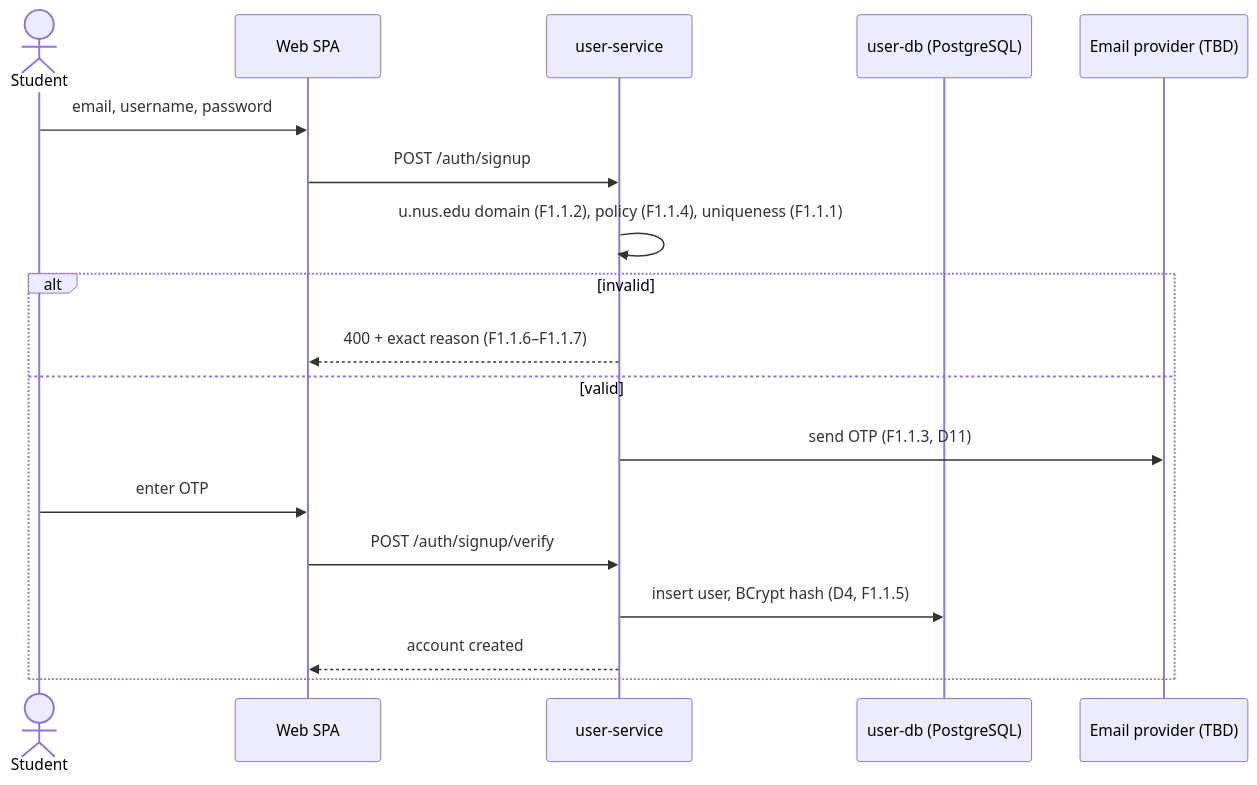
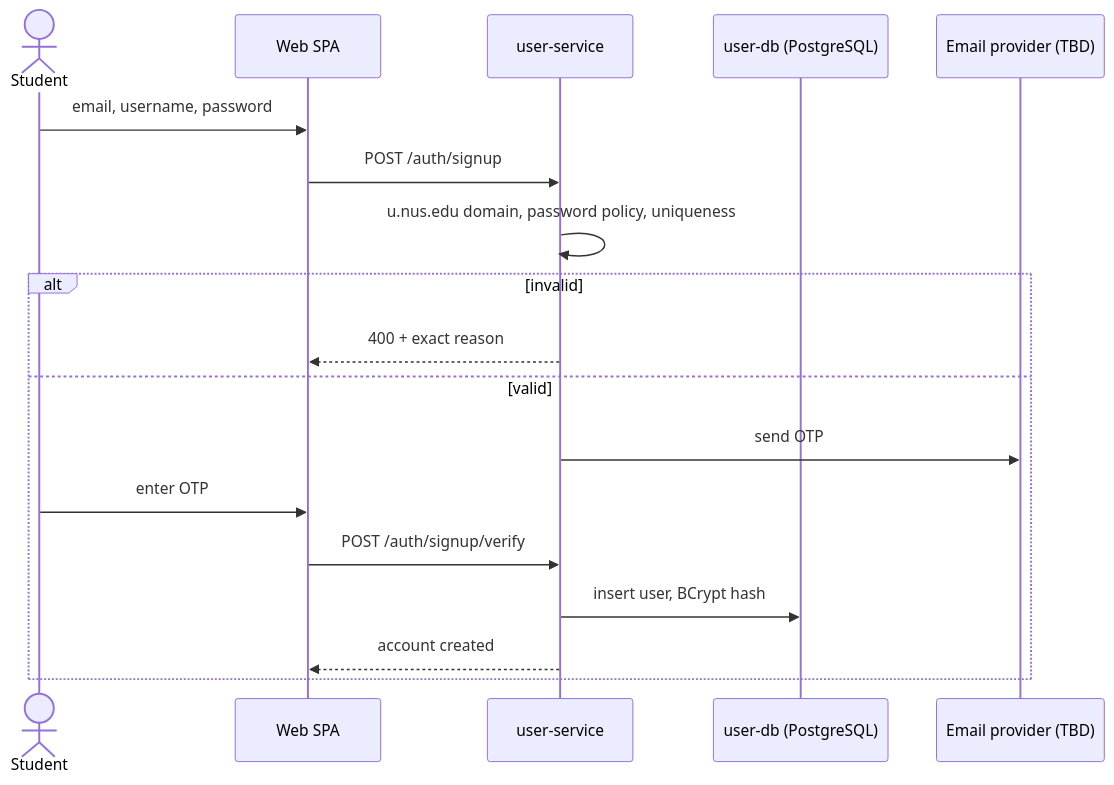
One commit to AY2627S1-CS3219-P23/foc changed the sixth of 9 diagrams in docs/d2-design.md. Above: the diagram before and after it, drawn with Mermaid. The commit also changed other lines of this file and 2 other files, not shown here.

````diff
--- a/docs/d2-design.md
+++ b/docs/d2-design.md
@@ -250,21 +213,21 @@
 ```mermaid
 sequenceDiagram
     actor Student
     participant SPA as Web SPA
     participant US as user-service
     participant DB as user-db (PostgreSQL)
     participant Mail as Email provider (TBD)
 
     Student->>SPA: email, username, password
     SPA->>US: POST /auth/signup
-    US->>US: u.nus.edu domain (F1.1.2), policy (F1.1.4), uniqueness (F1.1.1)
+    US->>US: u.nus.edu domain, password policy, uniqueness
     alt invalid
-        US-->>SPA: 400 + exact reason (F1.1.6–F1.1.7)
+        US-->>SPA: 400 + exact reason
     else valid
-        US->>Mail: send OTP (F1.1.3, D11)
+        US->>Mail: send OTP
         Student->>SPA: enter OTP
         SPA->>US: POST /auth/signup/verify
-        US->>DB: insert user, BCrypt hash (D4, F1.1.5)
+        US->>DB: insert user, BCrypt hash
         US-->>SPA: account created
     end
 ```
````
